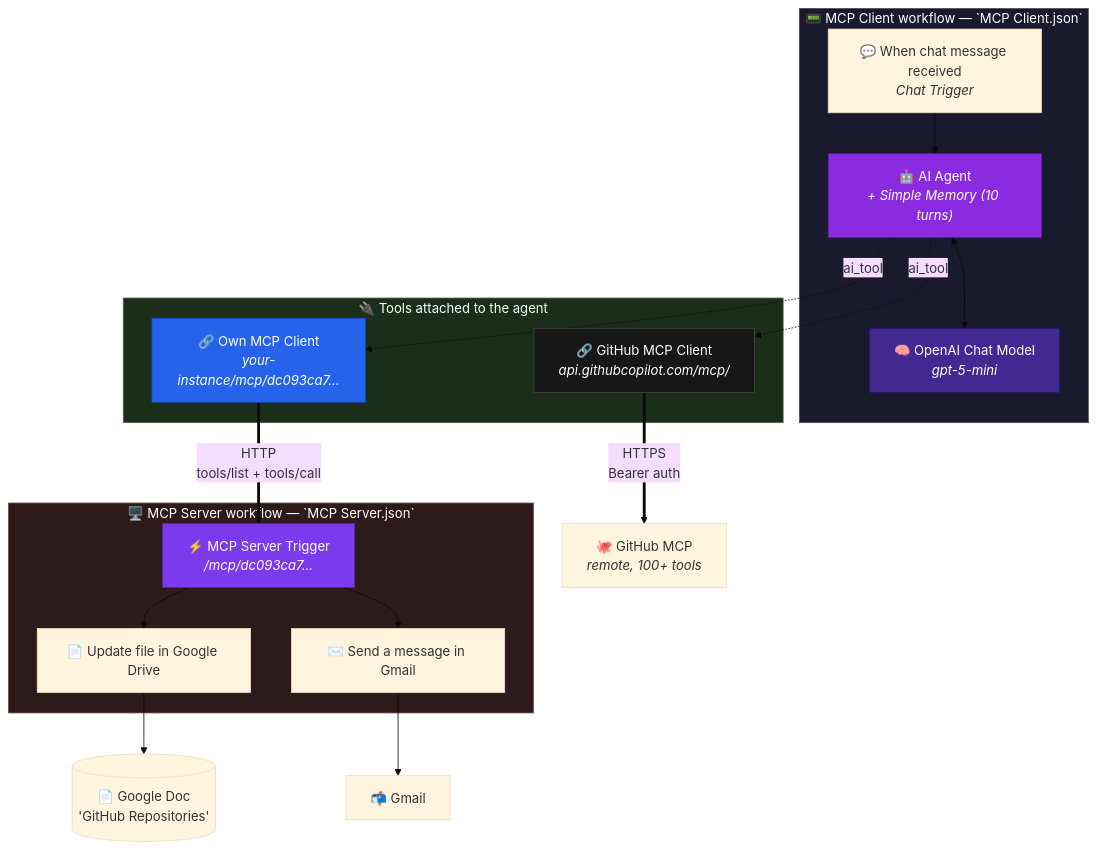
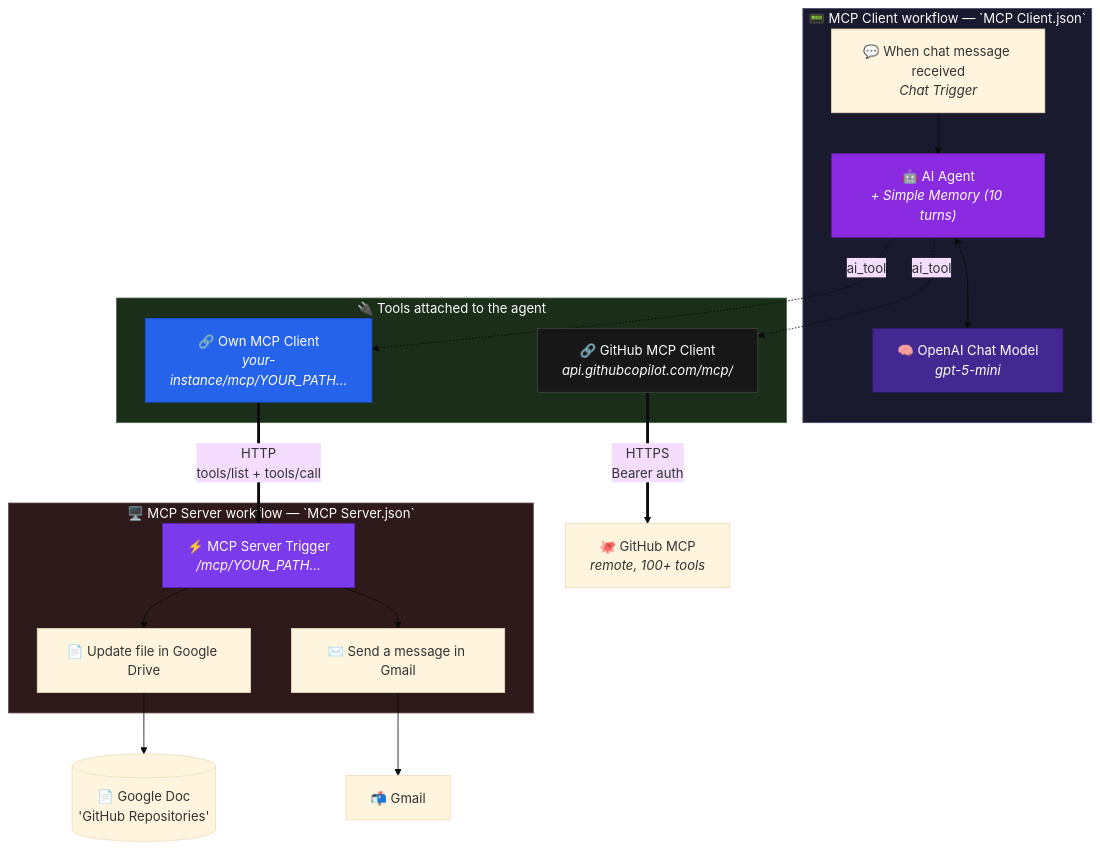
One commit to Gursimaran21/NextLeap-Built-MCP-Server-and-Client-04-October-2026 changed the first of 2 diagrams in README.md. Above: the diagram before and after it, drawn with Mermaid (base theme). The commit also changed other lines of this file and 2 other files, not shown here.

Commit message:
chore(security): scrub instance-specific data from shared exports

````diff
--- a/README.md
+++ b/README.md
@@ -44,34 +44,34 @@
 ```mermaid
 flowchart TB
     subgraph CLIENT["📟 MCP Client workflow — `MCP Client.json`"]
         U["💬 When chat message received<br/><i>Chat Trigger</i>"] --> A["🤖 AI Agent<br/><i>+ Simple Memory (10 turns)</i>"]
         A <--> L["🧠 OpenAI Chat Model<br/><i>gpt-5-mini</i>"]
     end
 
     subgraph TOOLS["🔌 Tools attached to the agent"]
-        C1["🔗 Own MCP Client<br/><i>your-instance/mcp/dc093ca7…</i>"]
+        C1["🔗 Own MCP Client<br/><i>your-instance/mcp/YOUR_PATH…</i>"]
         C2["🔗 GitHub MCP Client<br/><i>api.githubcopilot.com/mcp/</i>"]
     end
 
     subgraph SERVER["🖥️ MCP Server workflow — `MCP Server.json`"]
-        T["⚡ MCP Server Trigger<br/><i>/mcp/dc093ca7…</i>"] --> T1["📄 Update file in Google Drive"]
+        T["⚡ MCP Server Trigger<br/><i>/mcp/YOUR_PATH…</i>"] --> T1["📄 Update file in Google Drive"]
         T --> T2["✉️ Send a message in Gmail"]
     end
 
     A -.->|"ai_tool"| C1
     A -.->|"ai_tool"| C2
     C1 ==>|"HTTP<br/>tools/list + tools/call"| T
     C2 ==>|"HTTPS<br/>Bearer auth"| GH["🐙 GitHub MCP<br/><i>remote, 100+ tools</i>"]
 
     T1 --> DOC[("📄 Google Doc<br/>'GitHub Repositories'")]
     T2 --> MAIL["📬 Gmail"]
 
     style CLIENT fill:#1a1a2e,color:#fff,stroke:#4a4a6a
     style SERVER fill:#2e1a1a,color:#fff,stroke:#6a4a4a
     style TOOLS fill:#1a2e1a,color:#fff,stroke:#4a6a4a
     style A fill:#8A2BE2,color:#fff,stroke:#6a1b9a
     style L fill:#412991,color:#fff,stroke:#2a1b6a
     style T fill:#7C3AED,color:#fff,stroke:#5b21b6
     style C1 fill:#2563EB,color:#fff,stroke:#1d4ed8
     style C2 fill:#181717,color:#fff,stroke:#444
 ```
````
